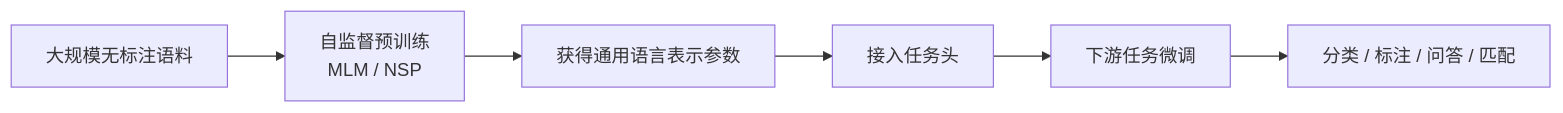
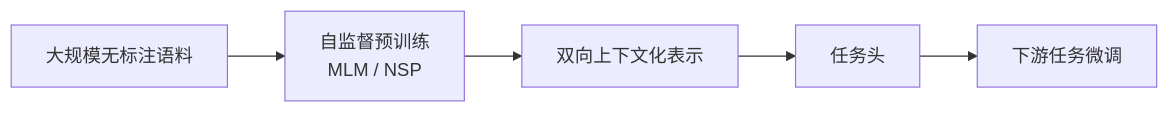
The diagram in ai/model/bert.md (zhangqian-silk/computer-science), drawn with Mermaid before and after one commit. The commit also changed other lines of this file and 61 other files, not shown here.

````diff
--- a/ai/model/bert.md
+++ b/ai/model/bert.md
@@ -753,8 +195,7 @@
 ```mermaid
 flowchart LR
 	A["大规模无标注语料"] --> B["自监督预训练<br/>MLM / NSP"]
-	B --> C["获得通用语言表示参数"]
-	C --> D["接入任务头"]
+	B --> C["双向上下文化表示"]
+	C --> D["任务头"]
 	D --> E["下游任务微调"]
-	E --> F["分类 / 标注 / 问答 / 匹配"]
 ```
````
